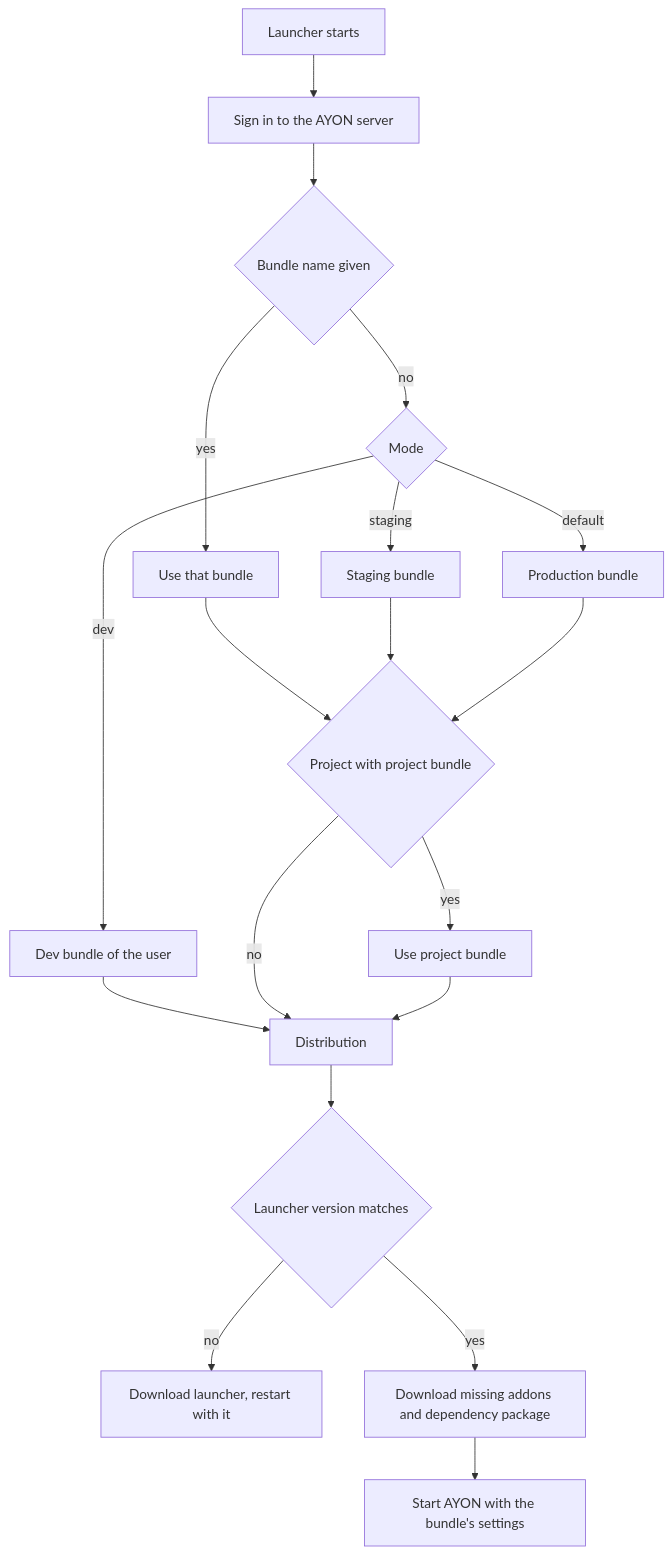
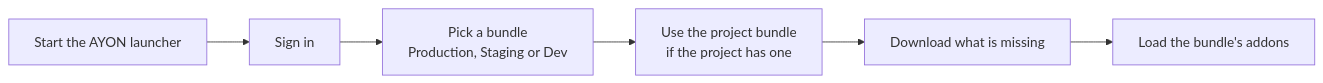
The first of 2 diagrams in website/docs/ayon/how-ayon-works/bundles.md (ynput/ayon-documentation), drawn with Mermaid before and after one commit. The commit also changed other lines of this file and 114 other files, not shown here.

First line of the commit message:
AYONpedia: Backend pages moved to How AYON works, Site IDs and Project bundle pages, OpenPype migration guide restored

````diff
--- a/website/docs/ayon/how-ayon-works/bundles.md
+++ b/website/docs/ayon/how-ayon-works/bundles.md
@@ -45,21 +45,8 @@
 ```mermaid
-flowchart TD
-    A[Launcher starts] --> B[Sign in to the AYON server]
-    B --> C{Bundle name given}
-    C -->|yes| D[Use that bundle]
-    C -->|no| E{Mode}
-    E -->|dev| F[Dev bundle of the user]
-    E -->|staging| G[Staging bundle]
-    E -->|default| H[Production bundle]
-    D --> I{Project with project bundle}
-    F --> K[Distribution]
-    G --> I
-    H --> I
-    I -->|yes| J[Use project bundle]
-    I -->|no| K
-    J --> K
-    K --> L{Launcher version matches}
-    L -->|no| M[Download launcher, restart with it]
-    L -->|yes| N[Download missing addons and dependency package]
-    N --> O[Start AYON with the bundle's settings]
+flowchart LR
+    S["Start the AYON launcher"] --> A["Sign in"]
+    A --> B["Pick a bundle<br/>Production, Staging or Dev"]
+    B --> C["Use the project bundle<br/>if the project has one"]
+    C --> D["Download what is missing"]
+    D --> E["Load the bundle's addons"]
 ```
````
